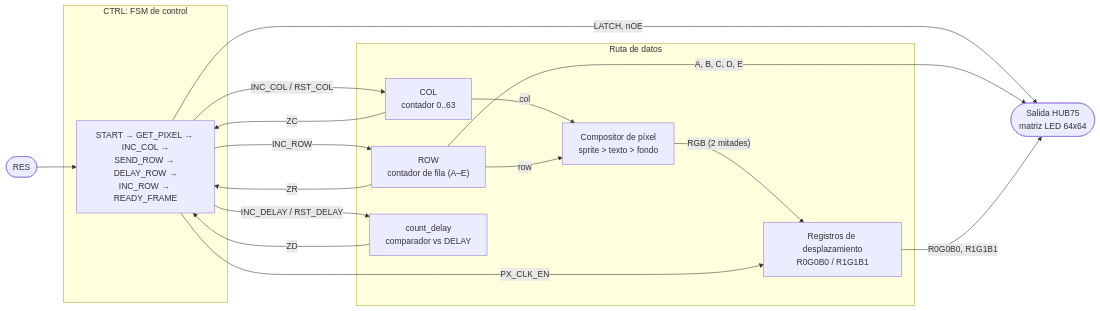
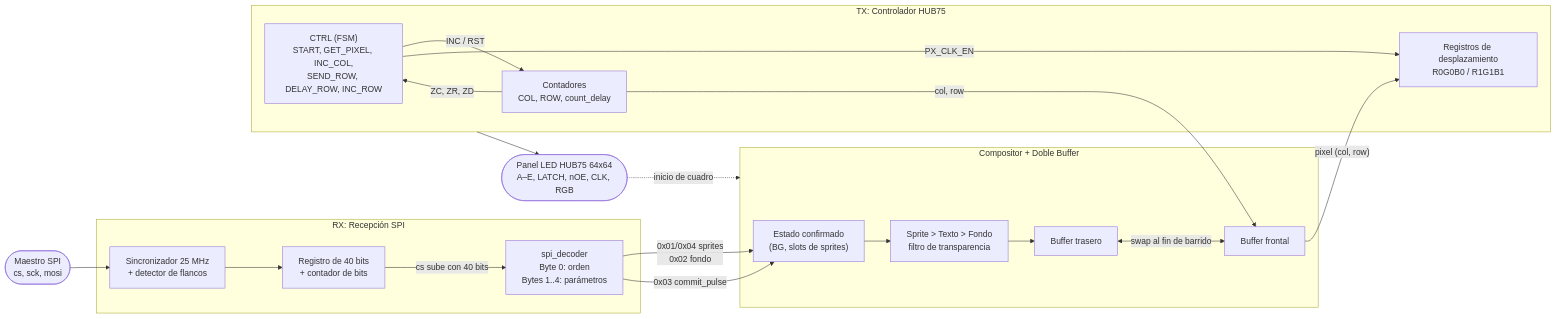
The diagram in entregas/entrega_03/aa.md (KUBIX2026/Display-Driver), drawn with Mermaid before and after one commit. The commit also changed other lines of this file, not shown here.

Commit message:
Update block diagram for driver architecture

````diff
--- a/entregas/entrega_03/aa.md
+++ b/entregas/entrega_03/aa.md
@@ -3,34 +3,37 @@
 ```mermaid
 flowchart LR
-    subgraph CTRL["CTRL: FSM de control"]
-        FSM["START → GET_PIXEL → INC_COL →<br/>SEND_ROW → DELAY_ROW →<br/>INC_ROW → READY_FRAME"]
+    MASTER(["Maestro SPI<br/>cs, sck, mosi"])
+
+    subgraph RX["RX: Recepción SPI"]
+        SYNC["Sincronizador 25 MHz<br/>+ detector de flancos"]
+        SHREG["Registro de 40 bits<br/>+ contador de bits"]
+        DEC["spi_decoder<br/>Byte 0: orden<br/>Bytes 1..4: parámetros"]
+        SYNC --> SHREG -- "cs sube con 40 bits" --> DEC
     end
 
-    subgraph DP["Ruta de datos"]
-        COL["COL<br/>contador 0..63"]
-        ROW["ROW<br/>contador de fila (A–E)"]
-        DLY["count_delay<br/>comparador vs DELAY"]
-        PIX["Compositor de píxel<br/>sprite > texto > fondo"]
-        SR["Registros de desplazamiento<br/>R0G0B0 / R1G1B1"]
+    subgraph COMP["Compositor + Doble Buffer"]
+        STATE["Estado confirmado<br/>(BG, slots de sprites)"]
+        LAYERS["Sprite > Texto > Fondo<br/>filtro de transparencia"]
+        BACK["Buffer trasero"]
+        FRONT["Buffer frontal"]
+        STATE --> LAYERS --> BACK
+        BACK <-- "swap al fin de barrido" --> FRONT
     end
 
-    RES([RES]) --> FSM
+    subgraph TX["TX: Controlador HUB75"]
+        CTRL["CTRL (FSM)<br/>START, GET_PIXEL, INC_COL,<br/>SEND_ROW, DELAY_ROW, INC_ROW"]
+        CNT["Contadores<br/>COL, ROW, count_delay"]
+        SR["Registros de desplazamiento<br/>R0G0B0 / R1G1B1"]
+        CTRL -- "INC / RST" --> CNT
+        CNT -- "ZC, ZR, ZD" --> CTRL
+        CTRL -- "PX_CLK_EN" --> SR
+    end
 
-    FSM -- "INC_COL / RST_COL" --> COL
-    FSM -- "INC_ROW" --> ROW
-    FSM -- "INC_DELAY / RST_DELAY" --> DLY
-
-    COL -- "ZC" --> FSM
-    ROW -- "ZR" --> FSM
-    DLY -- "ZD" --> FSM
-
-    COL -- "col" --> PIX
-    ROW -- "row" --> PIX
-    PIX -- "RGB (2 mitades)" --> SR
-
-    FSM -- "PX_CLK_EN" --> SR
-    FSM -- "LATCH, nOE" --> OUT
-    ROW -- "A, B, C, D, E" --> OUT
-    SR -- "R0G0B0, R1G1B1" --> OUT
-    OUT(["Salida HUB75<br/>matriz LED 64x64"])
+    MASTER --> SYNC
+    DEC -- "0x01/0x04 sprites<br/>0x02 fondo" --> STATE
+    DEC -- "0x03 commit_pulse" --> STATE
+    FRONT -- "pixel (col, row)" --> SR
+    CNT -- "col, row" --> FRONT
+    TX --> PANEL(["Panel LED HUB75 64x64<br/>A–E, LATCH, nOE, CLK, RGB"])
+    PANEL -.->|"inicio de cuadro"| COMP
 ```
````
